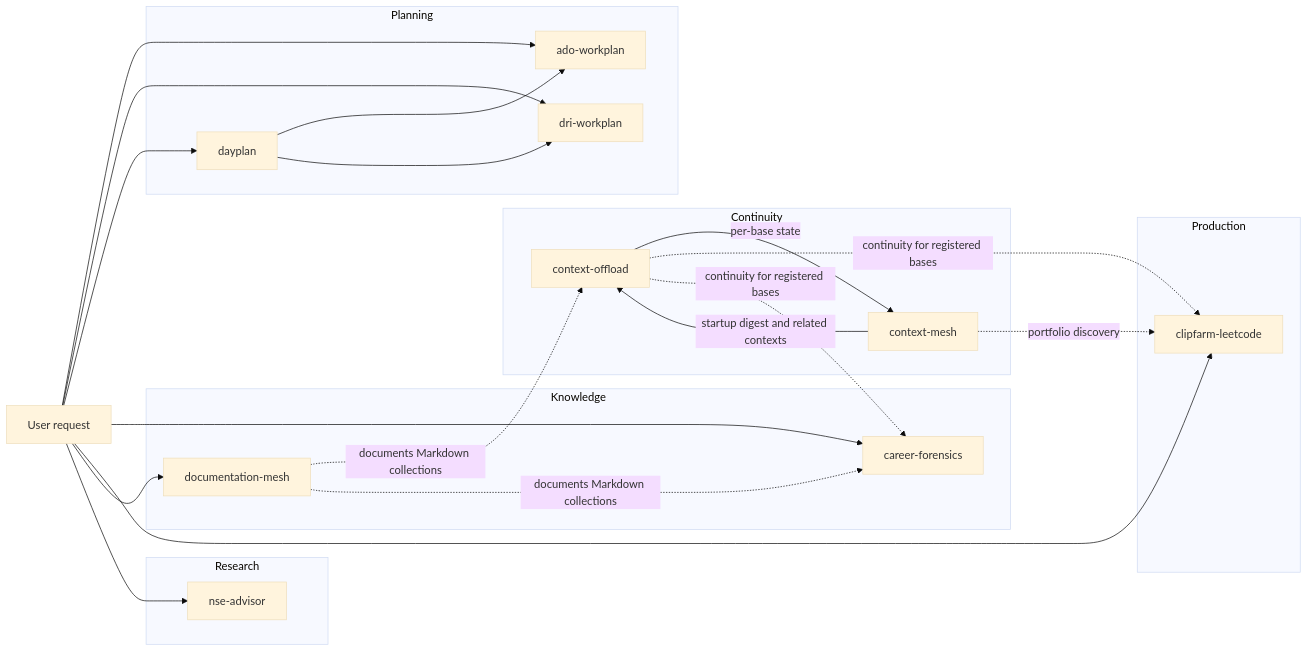
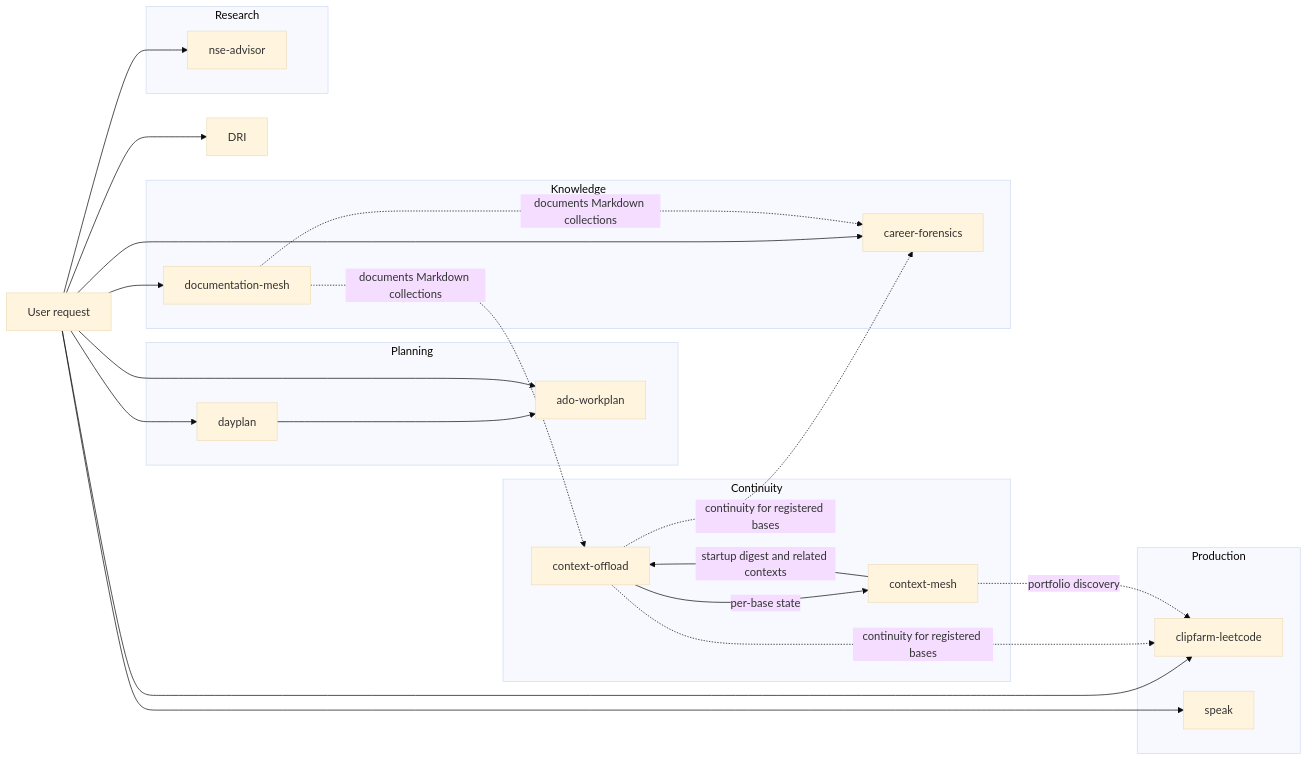
One commit to Zanark/skill-library changed the diagram in SKILL-RELATIONSHIPS.md. Above: the diagram before and after it, drawn with Mermaid (base theme). The commit also changed other lines of this file and 22 other files, not shown here.

````diff
--- a/SKILL-RELATIONSHIPS.md
+++ b/SKILL-RELATIONSHIPS.md
@@ -5,46 +5,46 @@
 ```mermaid
 flowchart LR
     User[User request]
 
     subgraph Planning
         ADO[ado-workplan]
-        DRI[dri-workplan]
         DAY[dayplan]
         DAY --> ADO
-        DAY --> DRI
     end
 
     subgraph Continuity
         OFF[context-offload]
         MESH[context-mesh]
         OFF -->|per-base state| MESH
         MESH -->|startup digest and related contexts| OFF
     end
 
     subgraph Knowledge
         CAREER[career-forensics]
         DOCS[documentation-mesh]
     end
 
     subgraph Production
         CLIP[clipfarm-leetcode]
+        SPEAK[speak]
     end
 
     subgraph Research
         NSE[nse-advisor]
     end
 
     User --> ADO
     User --> DRI
     User --> DAY
     User --> CAREER
     User --> CLIP
+    User --> SPEAK
     User --> DOCS
     User --> NSE
 
     OFF -. continuity for registered bases .-> CLIP
     MESH -. portfolio discovery .-> CLIP
     OFF -. continuity for registered bases .-> CAREER
     DOCS -. documents Markdown collections .-> OFF
     DOCS -. documents Markdown collections .-> CAREER
 ```
````
